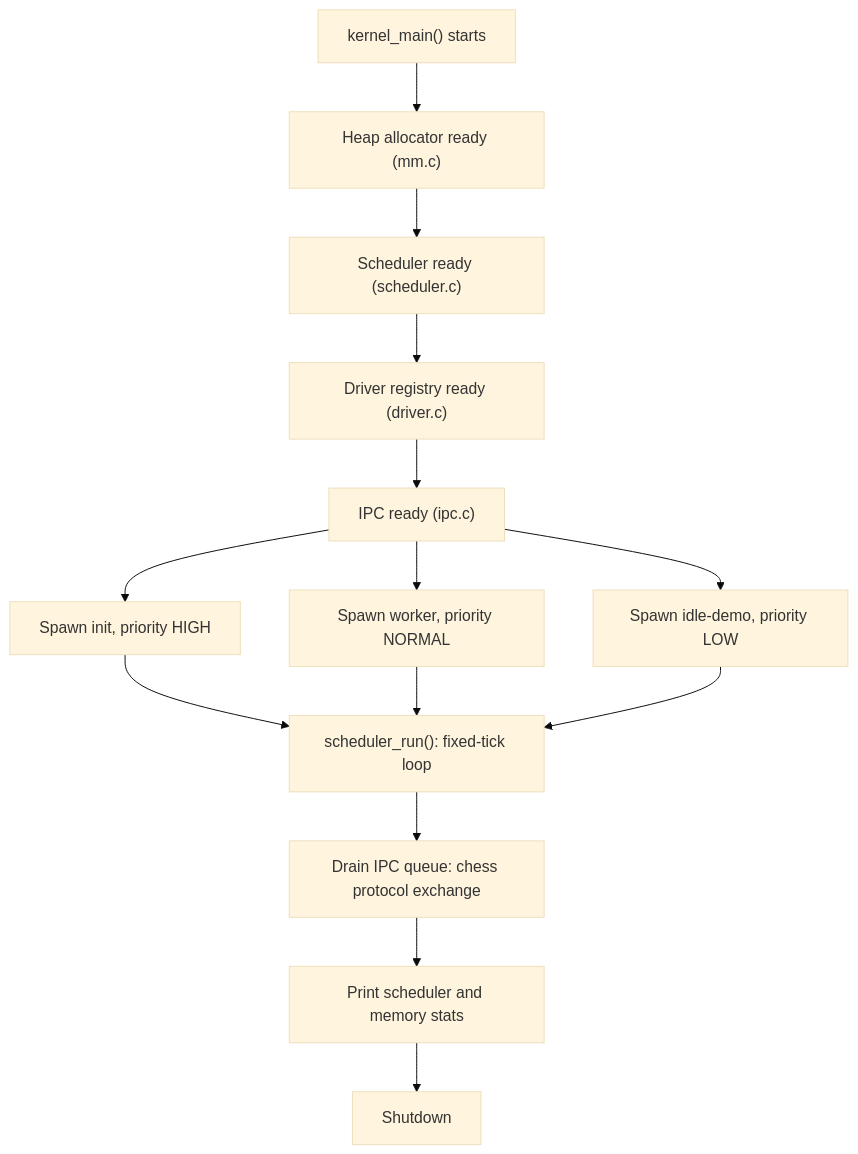
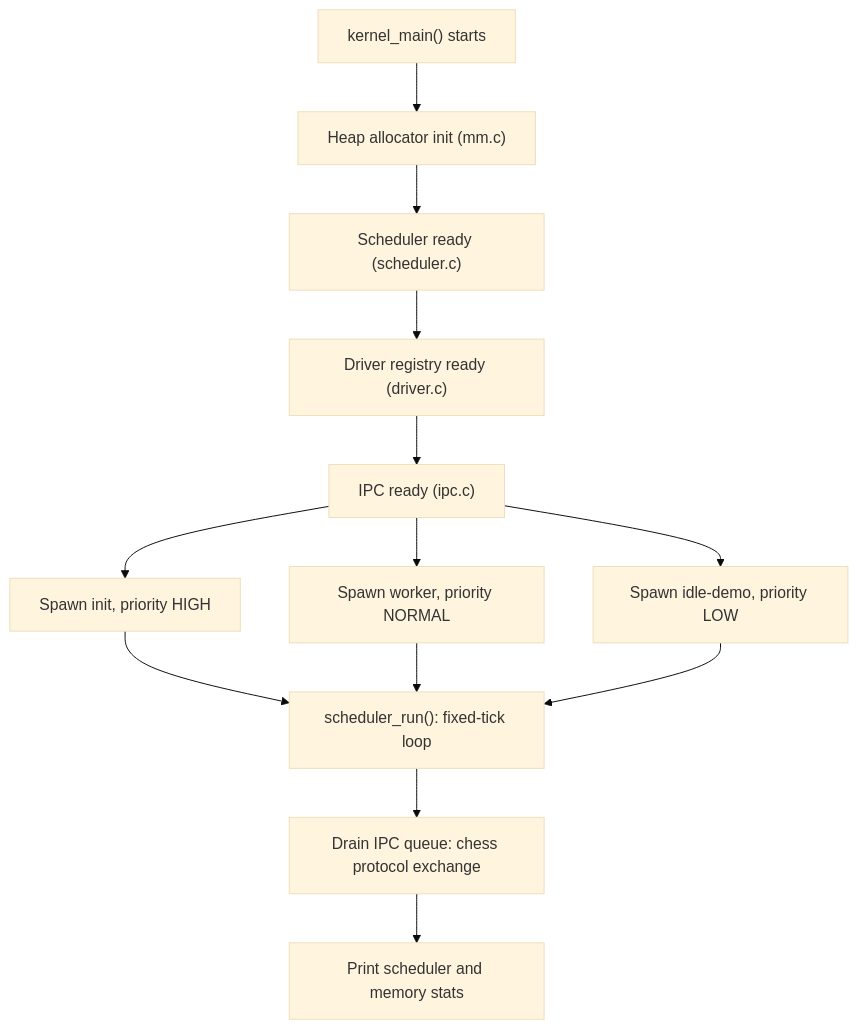
The diagram in README.md (lekovicpavle13-lgtm/pasinux), drawn with Mermaid (base theme) before and after one commit. The commit also changed other lines of this file, not shown here.

````diff
--- a/README.md
+++ b/README.md
@@ -100,16 +93,15 @@
 ```mermaid
 flowchart TD
-    A["kernel_main() starts"] --> B["Heap allocator ready (mm.c)"]
+    A["kernel_main() starts"] --> B["Heap allocator init (mm.c)"]
     B --> C["Scheduler ready (scheduler.c)"]
     C --> D["Driver registry ready (driver.c)"]
     D --> E["IPC ready (ipc.c)"]
     E --> F["Spawn init, priority HIGH"]
     E --> G["Spawn worker, priority NORMAL"]
     E --> H["Spawn idle-demo, priority LOW"]
     F --> I["scheduler_run(): fixed-tick loop"]
     G --> I
     H --> I
     I --> J["Drain IPC queue: chess protocol exchange"]
     J --> K["Print scheduler and memory stats"]
-    K --> L["Shutdown"]
 ```
````
